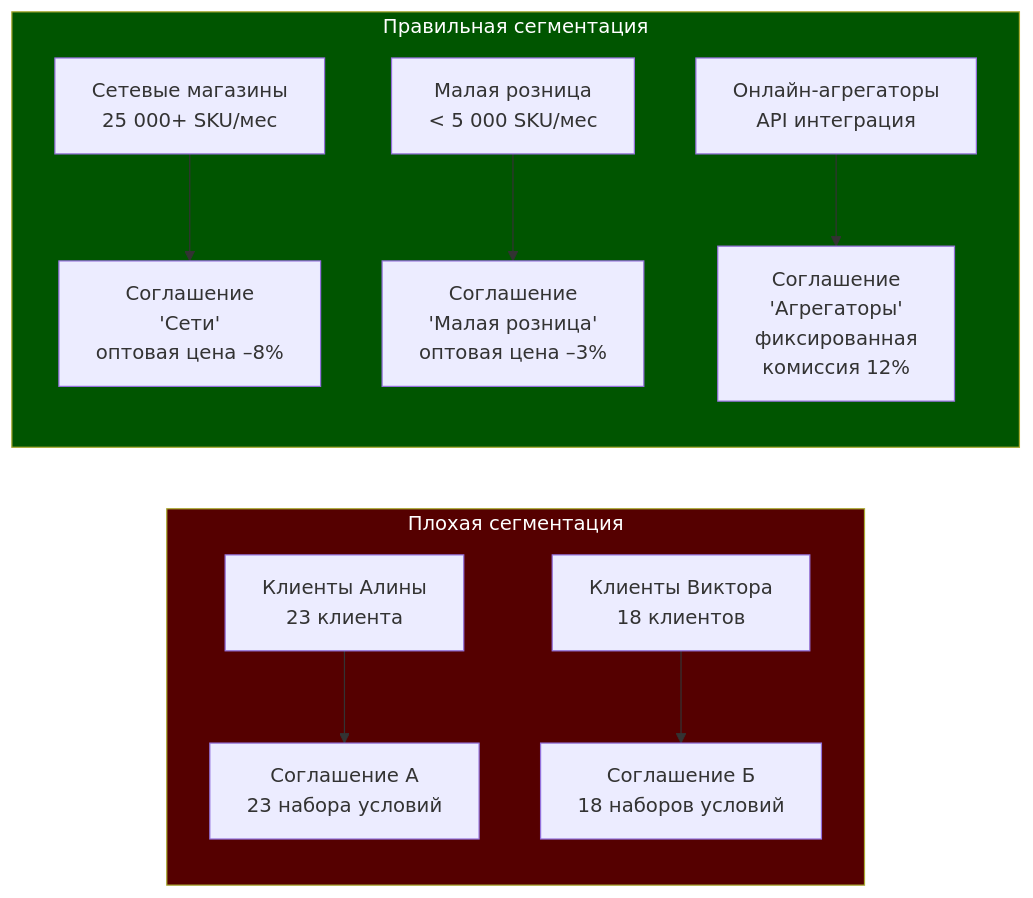
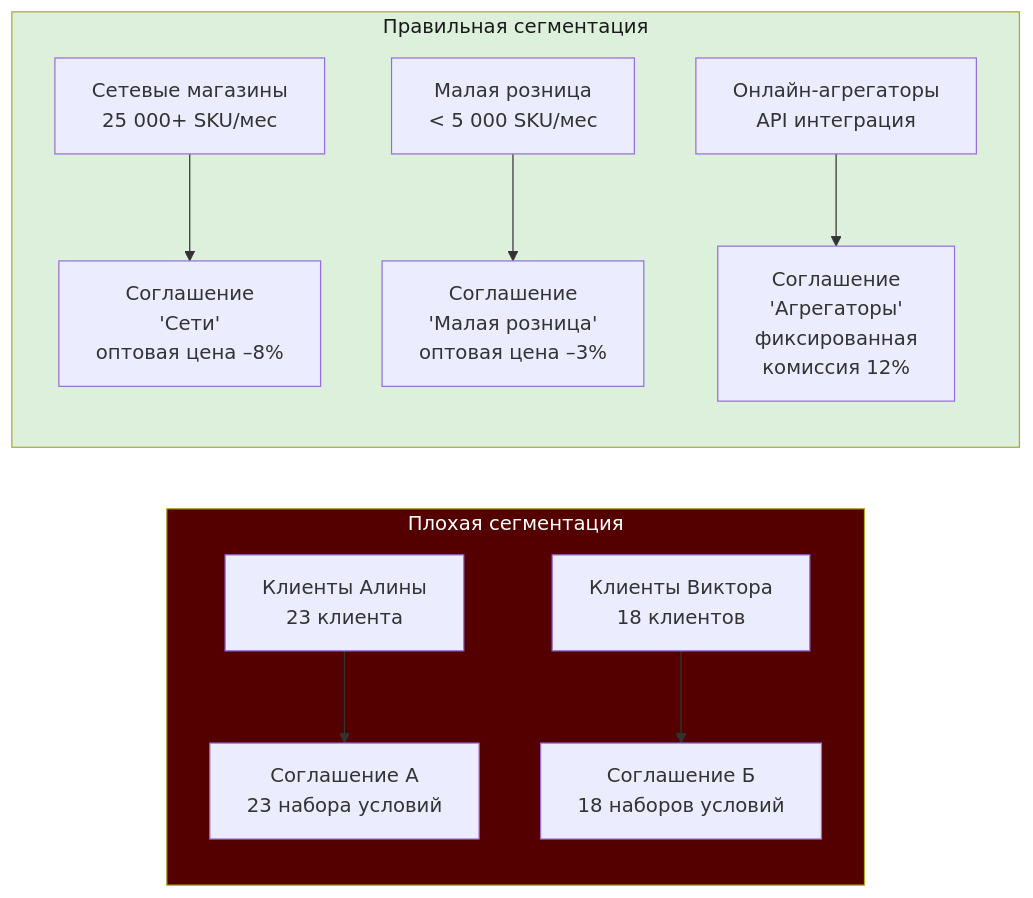
One commit to murad1986/1c-erp-quartz changed the fifth of 8 diagrams in content/1c-erp/week_2/Неделя 2 - День 5 - Соглашения.md. Above: the diagram before and after it, drawn with Mermaid. The commit also changed other lines of this file and 57 other files, not shown here.

First line of the commit message:
fix: Mermaid — пастельные цвета в источниках диаграмм (56 файлов)

````diff
--- a/content/1c-erp/week_2/Неделя 2 - День 5 - Соглашения.md
+++ b/content/1c-erp/week_2/Неделя 2 - День 5 - Соглашения.md
@@ -239,14 +239,14 @@
 ```mermaid
 flowchart LR
     subgraph WRONG["Плохая сегментация"]
         W1["Клиенты Алины<br/>23 клиента"] --> WA["Соглашение А<br/>23 набора условий"]
         W2["Клиенты Виктора<br/>18 клиентов"] --> WB["Соглашение Б<br/>18 наборов условий"]
     end
     subgraph RIGHT["Правильная сегментация"]
         R1["Сетевые магазины<br/>25 000+ SKU/мес"] --> RA["Соглашение<br/>'Сети'<br/>оптовая цена –8%"]
         R2["Малая розница<br/>< 5 000 SKU/мес"] --> RB["Соглашение<br/>'Малая розница'<br/>оптовая цена –3%"]
         R3["Онлайн-агрегаторы<br/>API интеграция"] --> RC["Соглашение<br/>'Агрегаторы'<br/>фиксированная<br/>комиссия 12%"]
     end
     style WRONG fill:#550000,color:#fff
-    style RIGHT fill:#005500,color:#fff
+    style RIGHT fill:#dcf0dc,color:#1a1a1a
 ```
````
